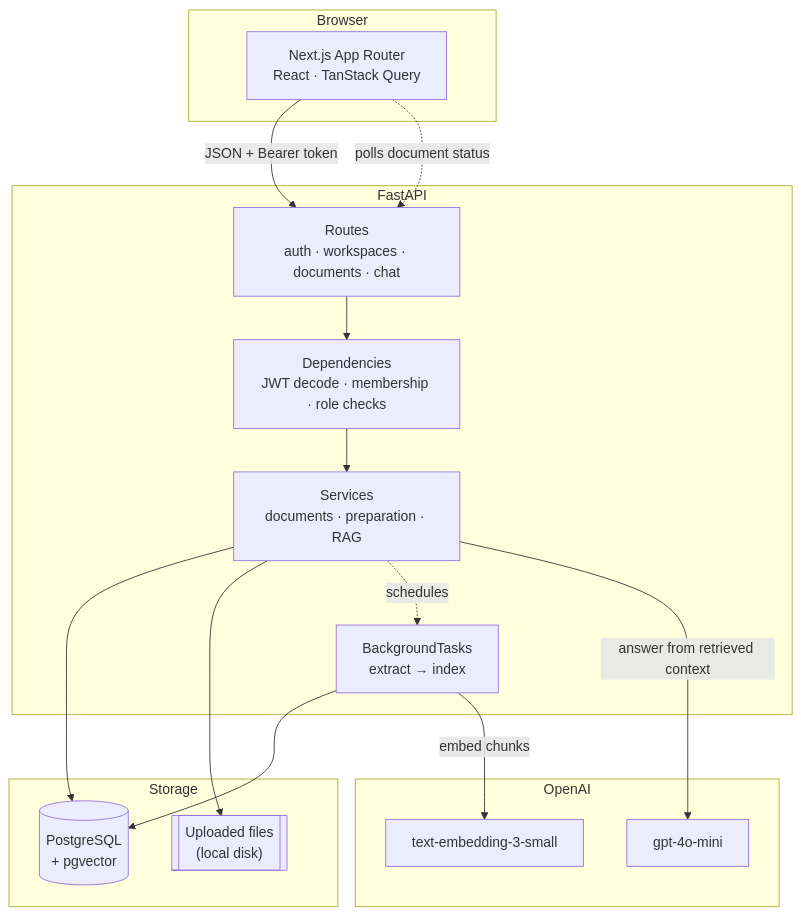
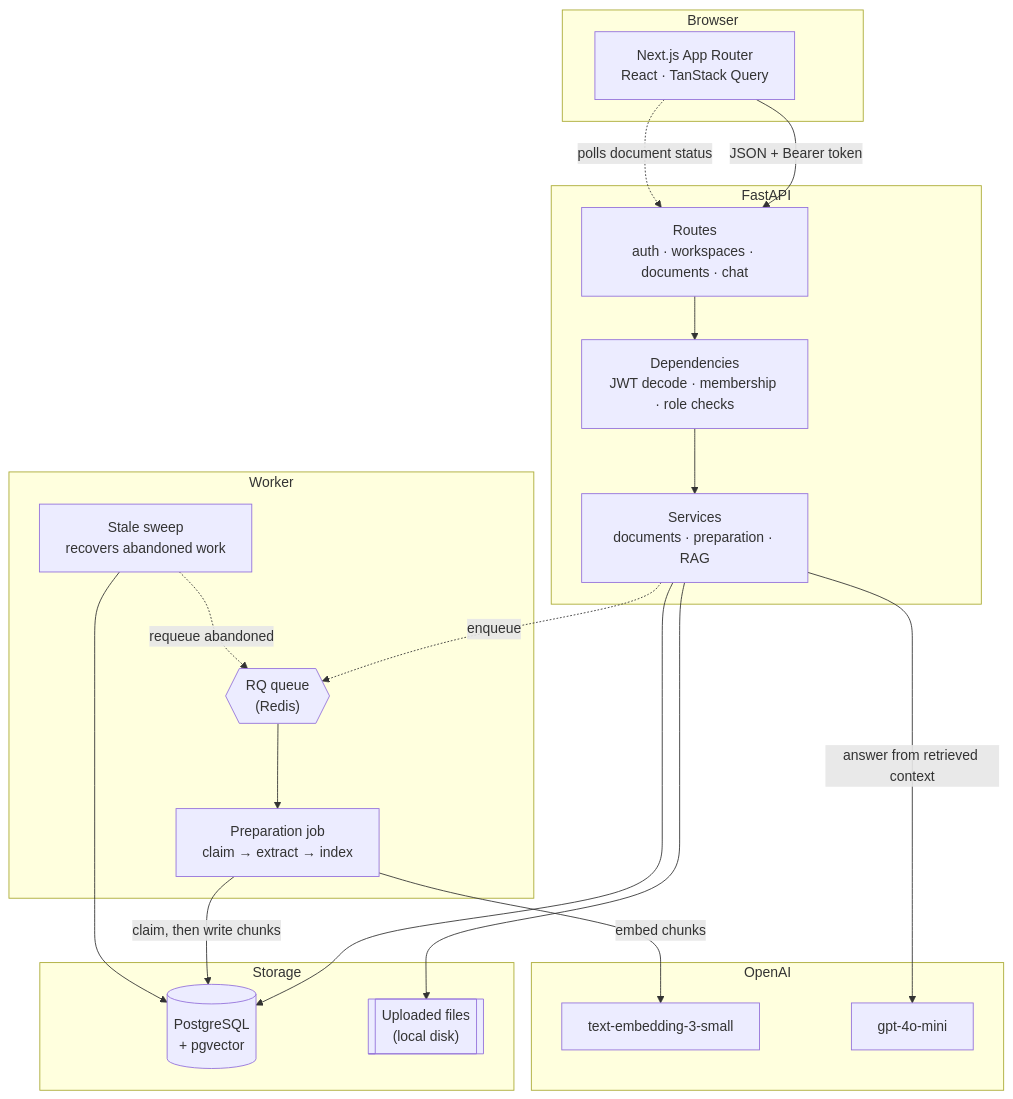
Before and after one commit to ZakwanZahid/ai-support-agent-rag: the first of 2 diagrams in README.md, drawn with Mermaid. The commit also changed other lines of this file and 26 other files, not shown here.

First line of the commit message:
feat(api): move preparation to a durable RQ queue

````diff
--- a/README.md
+++ b/README.md
@@ -40,33 +40,41 @@
 ```mermaid
 flowchart TB
     subgraph client["Browser"]
         UI["Next.js App Router<br/>React · TanStack Query"]
     end
 
     subgraph api["FastAPI"]
         Routes["Routes<br/>auth · workspaces · documents · chat"]
         Deps["Dependencies<br/>JWT decode · membership · role checks"]
         Services["Services<br/>documents · preparation · RAG"]
-        Jobs["BackgroundTasks<br/>extract → index"]
+    end
+
+    subgraph queue["Worker"]
+        RQ{{"RQ queue<br/>(Redis)"}}
+        Job["Preparation job<br/>claim → extract → index"]
+        Sweep["Stale sweep<br/>recovers abandoned work"]
     end
 
     subgraph data["Storage"]
         PG[("PostgreSQL<br/>+ pgvector")]
         Disk[["Uploaded files<br/>(local disk)"]]
     end
 
     subgraph external["OpenAI"]
         Embed["text-embedding-3-small"]
         Chat["gpt-4o-mini"]
     end
 
     UI -->|"JSON + Bearer token"| Routes
     Routes --> Deps --> Services
     Services --> PG
     Services --> Disk
-    Services -.->|"schedules"| Jobs
-    Jobs --> PG
-    Jobs -->|"embed chunks"| Embed
+    Services -.->|"enqueue"| RQ
+    RQ --> Job
+    Job -->|"claim, then write chunks"| PG
+    Job -->|"embed chunks"| Embed
+    Sweep -.->|"requeue abandoned"| RQ
+    Sweep --> PG
     Services -->|"answer from retrieved context"| Chat
     UI -.->|"polls document status"| Routes
 ```
````
